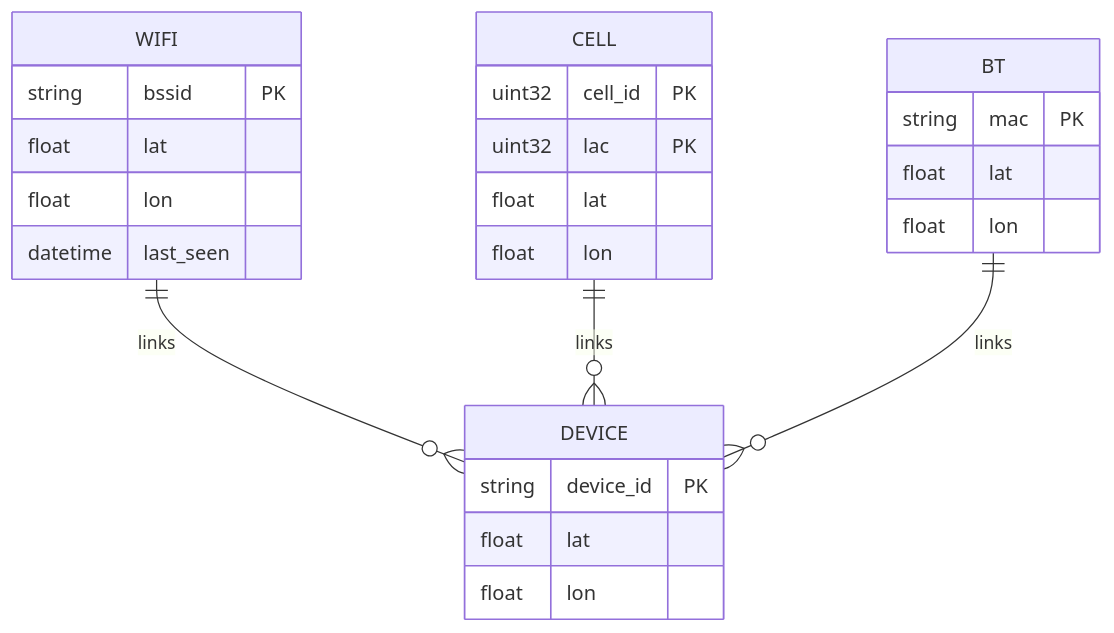
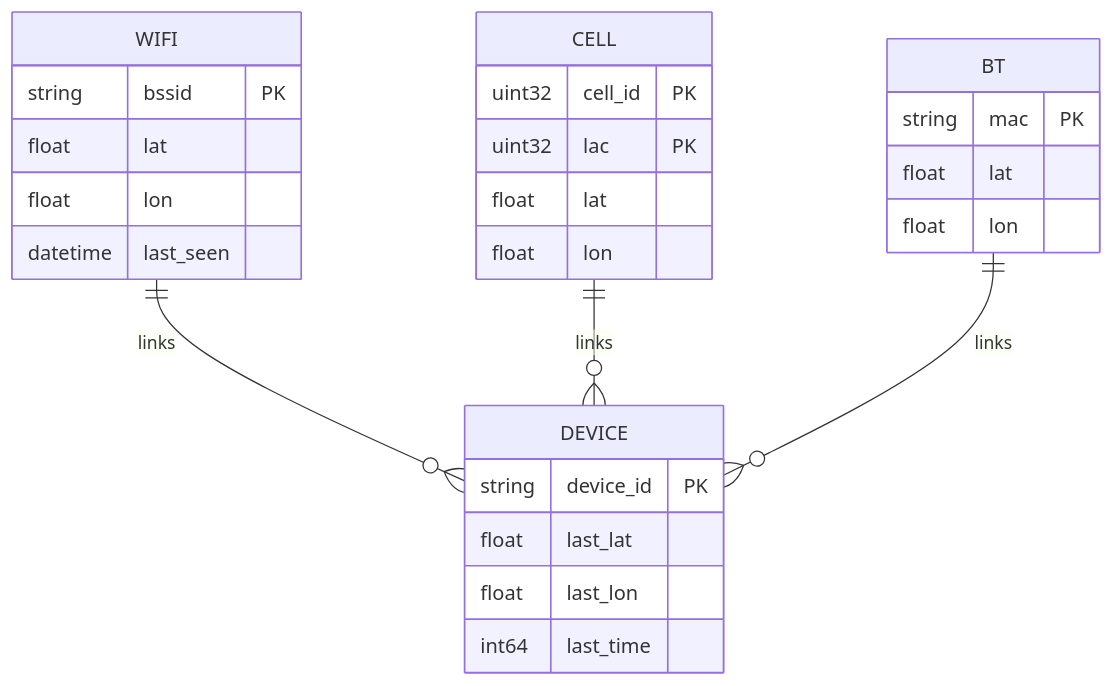
The fourth of 6 diagrams in docs/architecture.md (hzname/coordinate-validator), drawn with Mermaid before and after one commit. The commit also changed other lines of this file, not shown here.

Commit message:
refactor: rewrite architecture with hybrid microservices approach

````diff
--- a/docs/architecture.md
+++ b/docs/architecture.md
@@ -125,32 +136,33 @@
 ```mermaid
 erDiagram
     WIFI ||--o{ DEVICE : "links"
     CELL ||--o{ DEVICE : "links"
     BT ||--o{ DEVICE : "links"
     
     WIFI {
         string bssid PK
         float lat
         float lon
         datetime last_seen
     }
     
     CELL {
         uint32 cell_id PK
         uint32 lac PK
         float lat
         float lon
     }
     
     BT {
         string mac PK
         float lat
         float lon
     }
     
     DEVICE {
         string device_id PK
-        float lat
-        float lon
+        float last_lat
+        float last_lon
+        int64 last_time
     }
 ```
````
